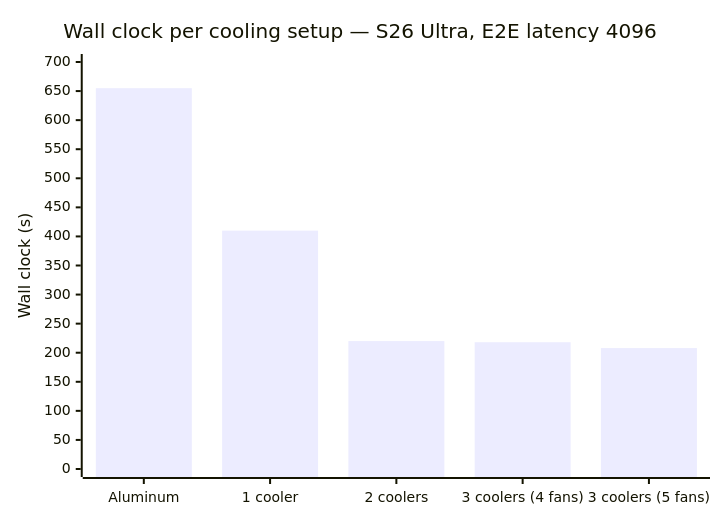
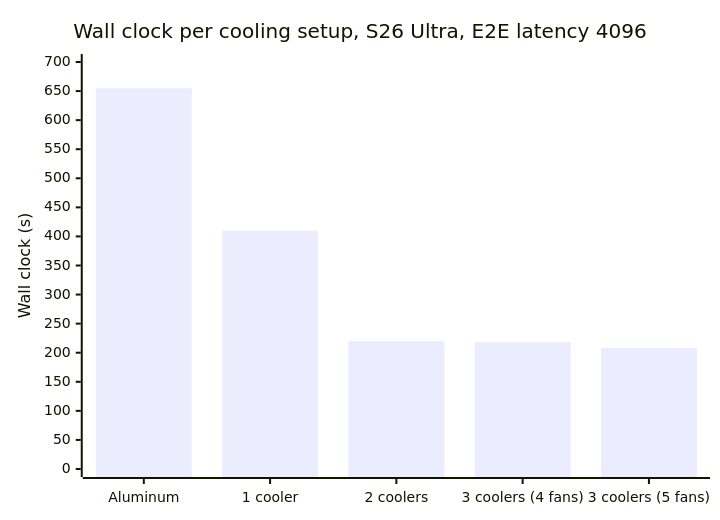
The diagram in docs/methodology/device-conditions.md (Liquid4All/pipette-clients), drawn with Mermaid before and after one commit. The commit also changed other lines of this file and 1969 other files, not shown here.

````diff
--- a/docs/methodology/device-conditions.md
+++ b/docs/methodology/device-conditions.md
@@ -69,7 +90,7 @@
 ```mermaid
 xychart-beta
-    title "Wall clock per cooling setup — S26 Ultra, E2E latency 4096"
+    title "Wall clock per cooling setup, S26 Ultra, E2E latency 4096"
     x-axis ["Aluminum", "1 cooler", "2 coolers", "3 coolers (4 fans)", "3 coolers (5 fans)"]
     y-axis "Wall clock (s)" 0 --> 700
     bar [655, 410, 220, 218, 208]
 ```
````
